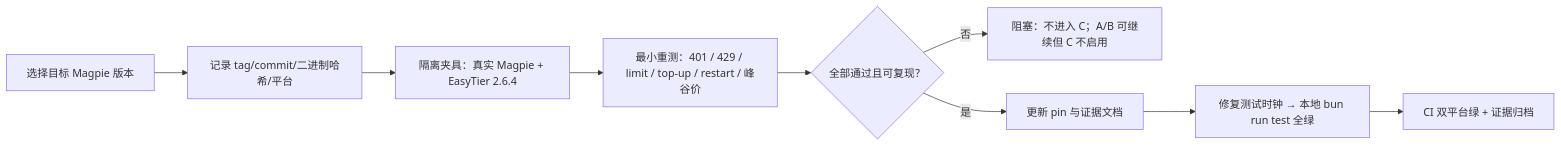
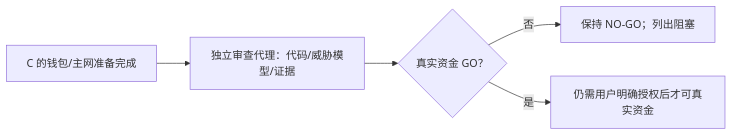
One commit to faithleysath/magpie-oh-my-aihub changed the sixth of 7 diagrams in docs/phase10/FLOWS.md. Above: the diagram before and after it, drawn with Mermaid. The commit also changed other lines of this file and 2 other files, not shown here.

````diff
--- a/docs/phase10/FLOWS.md
+++ b/docs/phase10/FLOWS.md
@@ -248,11 +220,7 @@
 ```mermaid
 flowchart LR
-  D1["选择目标 Magpie 版本"] --> D2["记录 tag/commit/二进制哈希/平台"]
-  D2 --> D3["隔离夹具：真实 Magpie + EasyTier 2.6.4"]
-  D3 --> D4["最小重测：401 / 429 / limit / top-up / restart / 峰谷价"]
-  D4 --> D5{"全部通过且可复现？"}
-  D5 -->|否| D6["阻塞：不进入 C；A/B 可继续但 C 不启用"]
-  D5 -->|是| D7["更新 pin 与证据文档"]
-  D7 --> D8["修复测试时钟 → 本地 bun run test 全绿"]
-  D8 --> D9["CI 双平台绿 + 证据归档"]
+  D1["C 的钱包/主网准备完成"] --> D2["独立审查代理：代码/威胁模型/证据"]
+  D2 --> D3{"真实资金 GO？"}
+  D3 -->|否| D4["保持 NO-GO；列出阻塞"]
+  D3 -->|是| D5["仍需用户明确授权后才可真实资金"]
 ```
````
